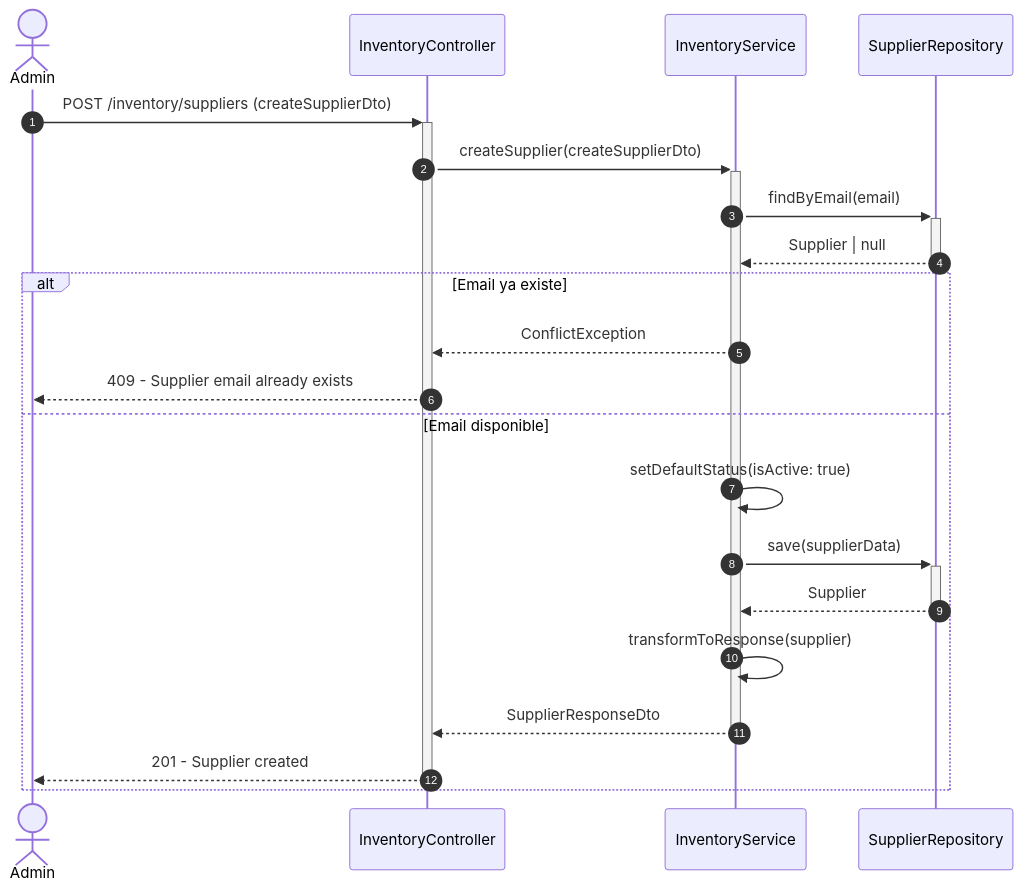
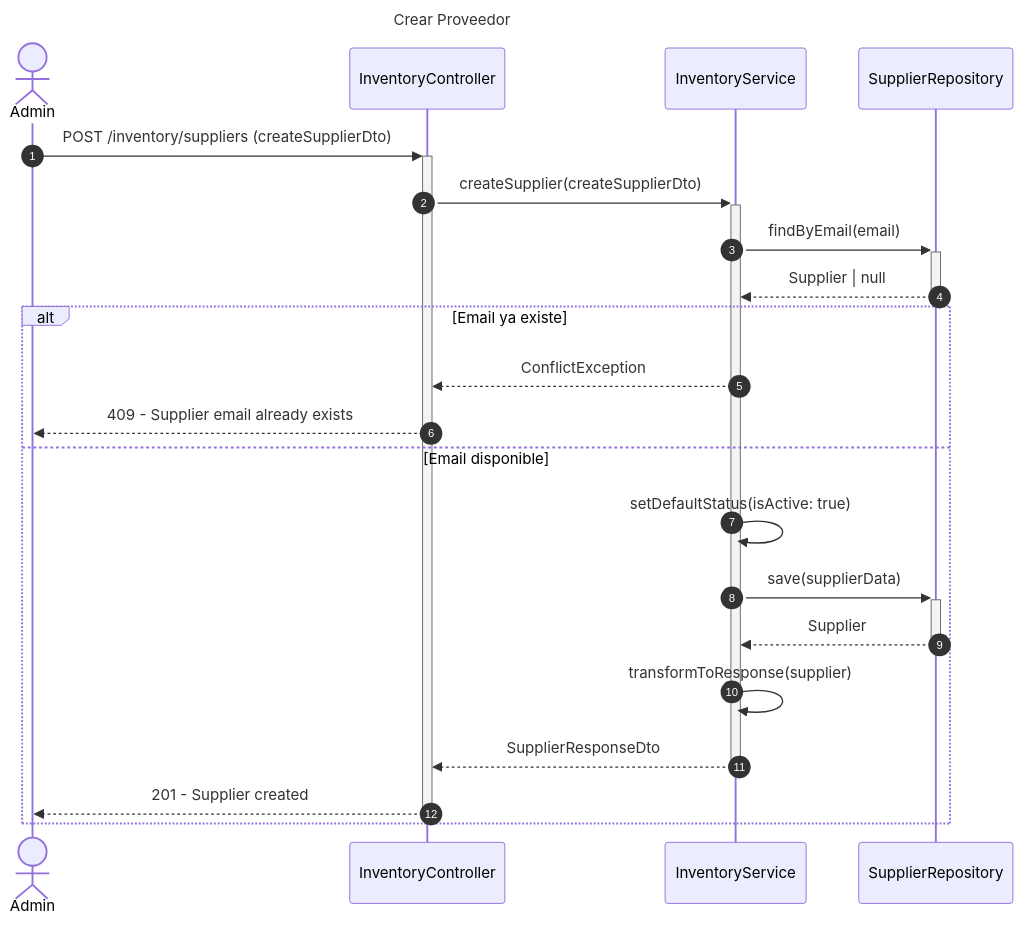
Before and after one commit to Nick220505/hotelier-backend: the sixth of 8 diagrams in diagrams/sequence/inventory-sequence-diagram.md, drawn with Mermaid. The commit also changed other lines of this file and 5 other files, not shown here.

Commit message:
Add titles to sequence diagrams for Billing, Employees, Inventory, Reservations, Restaurant, and Users modules

````diff
--- a/diagrams/sequence/inventory-sequence-diagram.md
+++ b/diagrams/sequence/inventory-sequence-diagram.md
@@ -182,29 +197,32 @@
 ```mermaid
+---
+title: Crear Proveedor
+---
 sequenceDiagram
     autonumber
     actor Admin
     participant Controller as InventoryController
     participant Service as InventoryService
     participant SupplierRepo as SupplierRepository
 
     Admin->>+Controller: POST /inventory/suppliers (createSupplierDto)
     Controller->>+Service: createSupplier(createSupplierDto)
     
     Service->>+SupplierRepo: findByEmail(email)
     SupplierRepo-->>-Service: Supplier | null
     
     alt Email ya existe
         Service-->>Controller: ConflictException
         Controller-->>Admin: 409 - Supplier email already exists
     else Email disponible
         Service->>Service: setDefaultStatus(isActive: true)
         
         Service->>+SupplierRepo: save(supplierData)
         SupplierRepo-->>-Service: Supplier
         
         Service->>Service: transformToResponse(supplier)
         
         Service-->>-Controller: SupplierResponseDto
         Controller-->>-Admin: 201 - Supplier created
     end
 ```
````
